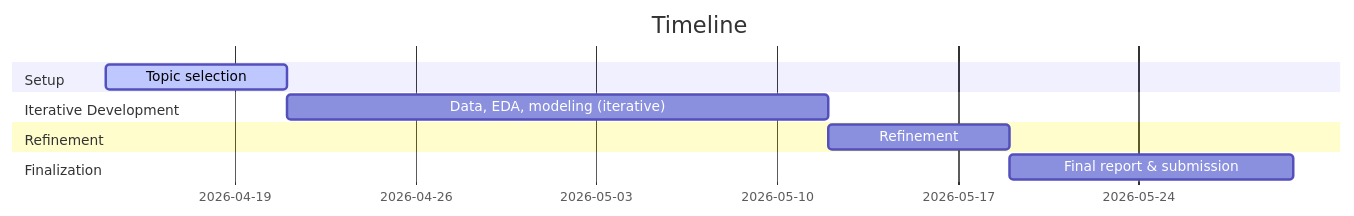
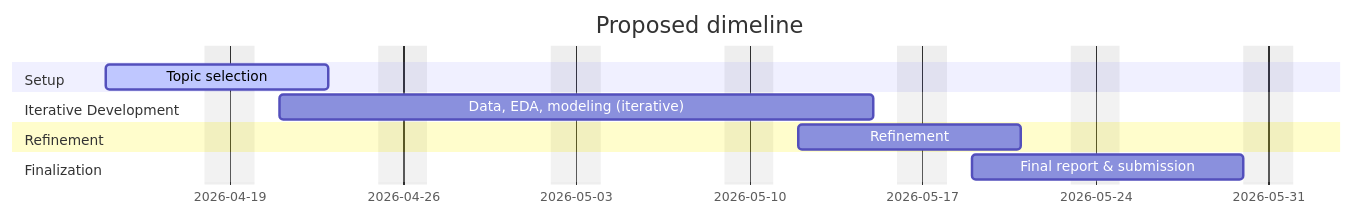
Before and after one commit to fs-ise/analytics-and-big-data: the diagram in group_work.qmd, drawn with Mermaid. The commit also changed other lines of this file, not shown here.

````diff
--- a/group_work.qmd
+++ b/group_work.qmd
@@ -135,17 +147,18 @@
 ```{mermaid}
 gantt
-    title Timeline
+    title Proposed dimeline
     dateFormat  YYYY-MM-DD
+    excludes    weekends
 
     section Setup
     Topic selection                  :active, 2026-04-14, 7d
 
     section Iterative Development
-    Data, EDA, modeling (iterative)  : 2026-04-21, 21d
+    Data, EDA, modeling (iterative)  : 2026-04-21, 18d
 
     section Refinement
     Refinement                       :2026-05-12, 7d
 
     section Finalization
-    Final report & submission        :2026-05-19, 11d
+    Final report & submission        :2026-05-19, 9d
 ```
````
